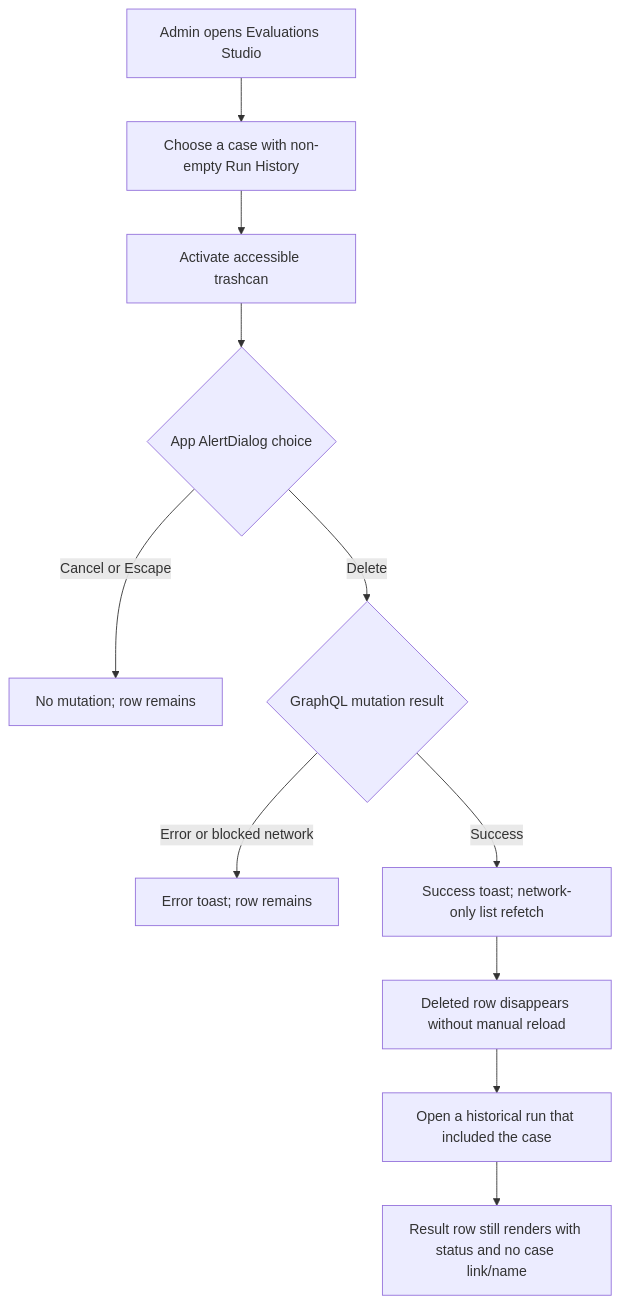
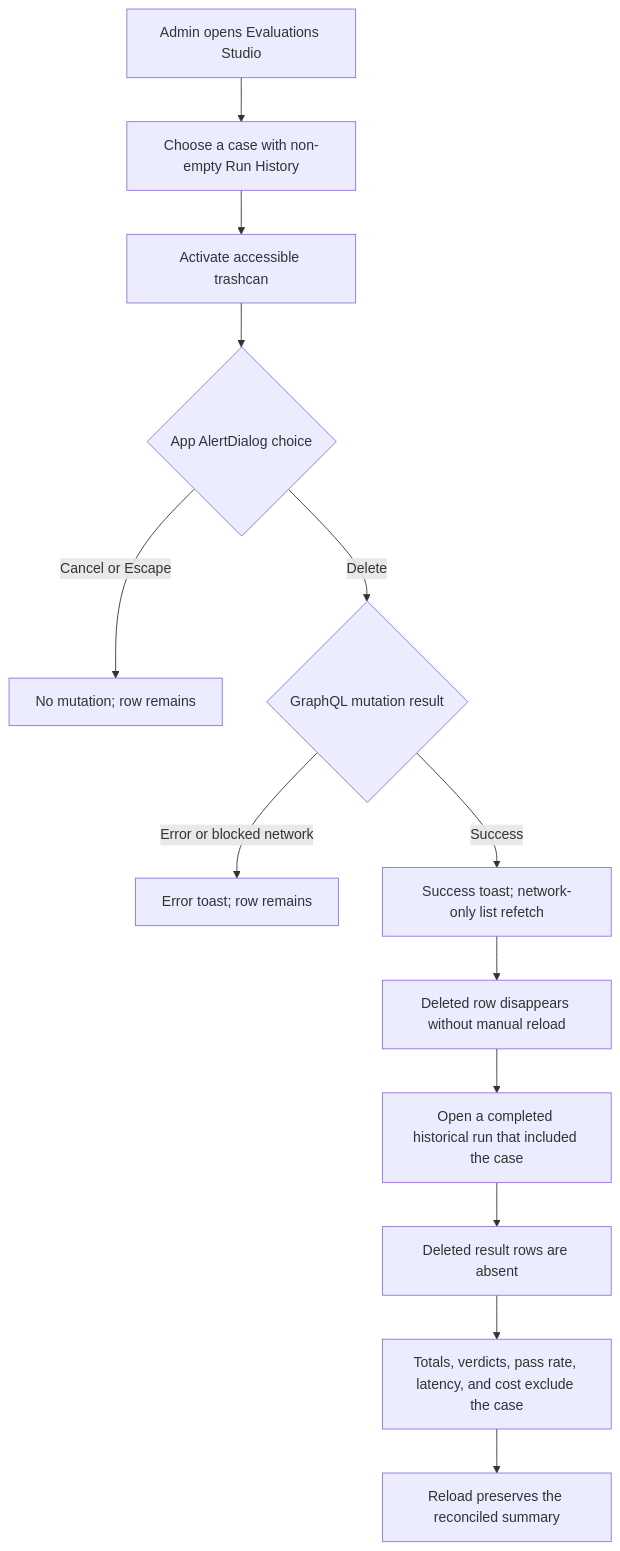
The first of 6 diagrams in docs/dogfood-reports/2026-07-14-THINK-289-dogfood.md (thinkwork-ai/thinkwork), drawn with Mermaid before and after one commit. The commit also changed other lines of this file, not shown here.

````diff
--- a/docs/dogfood-reports/2026-07-14-THINK-289-dogfood.md
+++ b/docs/dogfood-reports/2026-07-14-THINK-289-dogfood.md
@@ -23,13 +26,15 @@
 ```mermaid
 flowchart TD
     A[Admin opens Evaluations Studio] --> B[Choose a case with non-empty Run History]
     B --> C[Activate accessible trashcan]
     C --> D{App AlertDialog choice}
     D -->|Cancel or Escape| E[No mutation; row remains]
     D -->|Delete| F{GraphQL mutation result}
     F -->|Error or blocked network| G[Error toast; row remains]
     F -->|Success| H[Success toast; network-only list refetch]
     H --> I[Deleted row disappears without manual reload]
-    I --> J[Open a historical run that included the case]
-    J --> K[Result row still renders with status and no case link/name]
+    I --> J[Open a completed historical run that included the case]
+    J --> K[Deleted result rows are absent]
+    K --> L[Totals, verdicts, pass rate, latency, and cost exclude the case]
+    L --> M[Reload preserves the reconciled summary]
 ```
````
